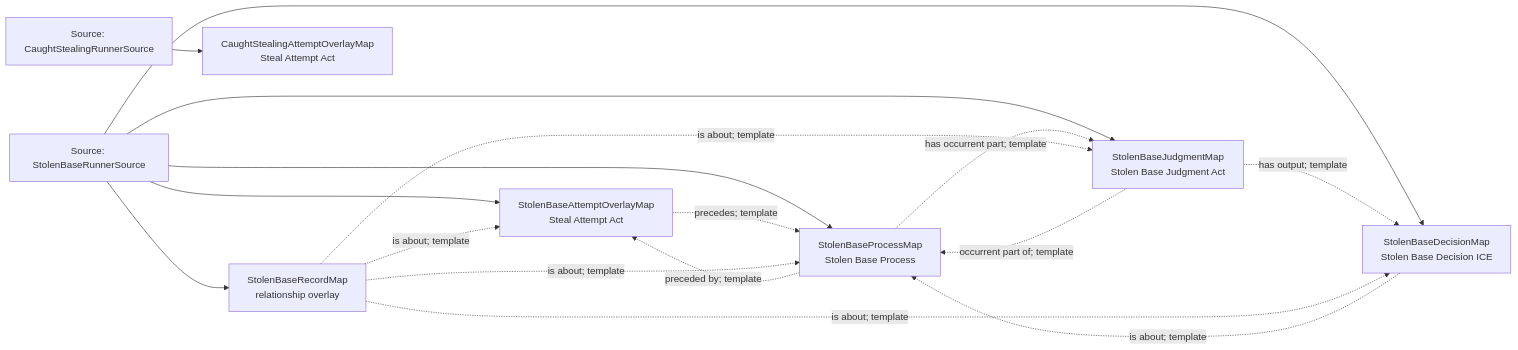
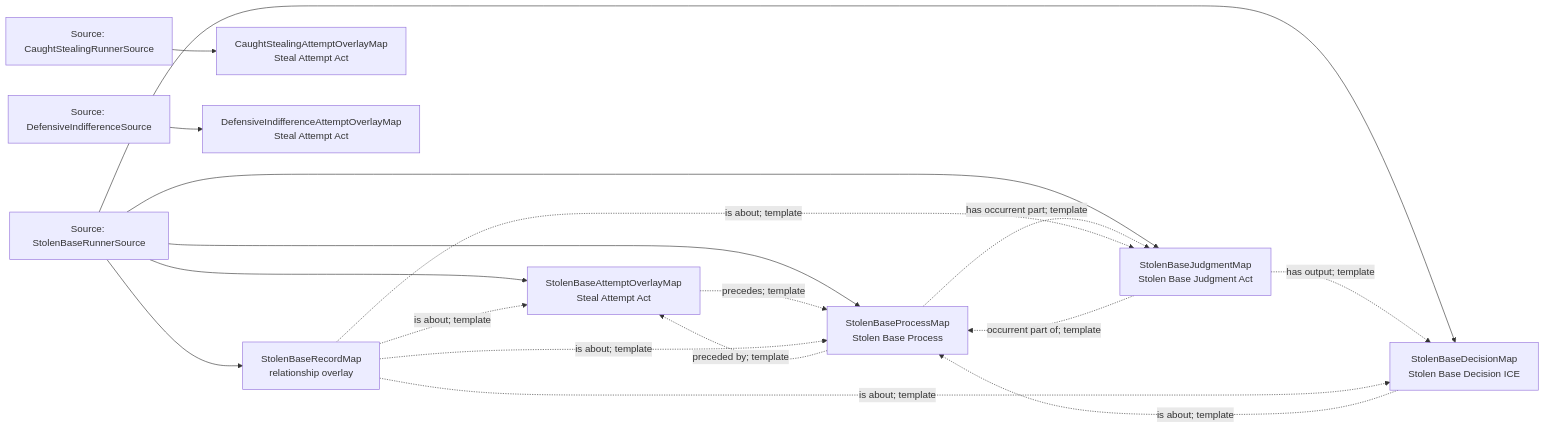
Before and after one commit to CarterBeauBenson/BaseballO: the diagram in Baseball/mermaid/patterns/mlb-game/43-stolen-base.md, drawn with Mermaid. The commit also changed other lines of this file and 159 other files, not shown here.

````diff
--- a/Baseball/mermaid/patterns/mlb-game/43-stolen-base.md
+++ b/Baseball/mermaid/patterns/mlb-game/43-stolen-base.md
@@ -10,27 +10,30 @@
 ```mermaid
 flowchart LR
     S01["Source: CaughtStealingRunnerSource"]
-    S02["Source: StolenBaseRunnerSource"]
+    S02["Source: DefensiveIndifferenceSource"]
+    S03["Source: StolenBaseRunnerSource"]
     M01["StolenBaseAttemptOverlayMap<br/>Steal Attempt Act"]
     M02["StolenBaseProcessMap<br/>Stolen Base Process"]
     M03["StolenBaseJudgmentMap<br/>Stolen Base Judgment Act"]
     M04["StolenBaseDecisionMap<br/>Stolen Base Decision ICE"]
     M05["StolenBaseRecordMap<br/>relationship overlay"]
     M06["CaughtStealingAttemptOverlayMap<br/>Steal Attempt Act"]
-    S02 --> M01
-    S02 --> M02
-    S02 --> M03
-    S02 --> M04
-    S02 --> M05
+    M07["DefensiveIndifferenceAttemptOverlayMap<br/>Steal Attempt Act"]
+    S03 --> M01
+    S03 --> M02
+    S03 --> M03
+    S03 --> M04
+    S03 --> M05
     S01 --> M06
+    S02 --> M07
     M01 -.->|precedes; template| M02
     M02 -.->|has occurrent part; template| M03
     M02 -.->|preceded by; template| M01
     M03 -.->|has output; template| M04
     M03 -.->|occurrent part of; template| M02
     M04 -.->|is about; template| M02
     M05 -.->|is about; template| M01
     M05 -.->|is about; template| M02
     M05 -.->|is about; template| M03
     M05 -.->|is about; template| M04
 ```
````
